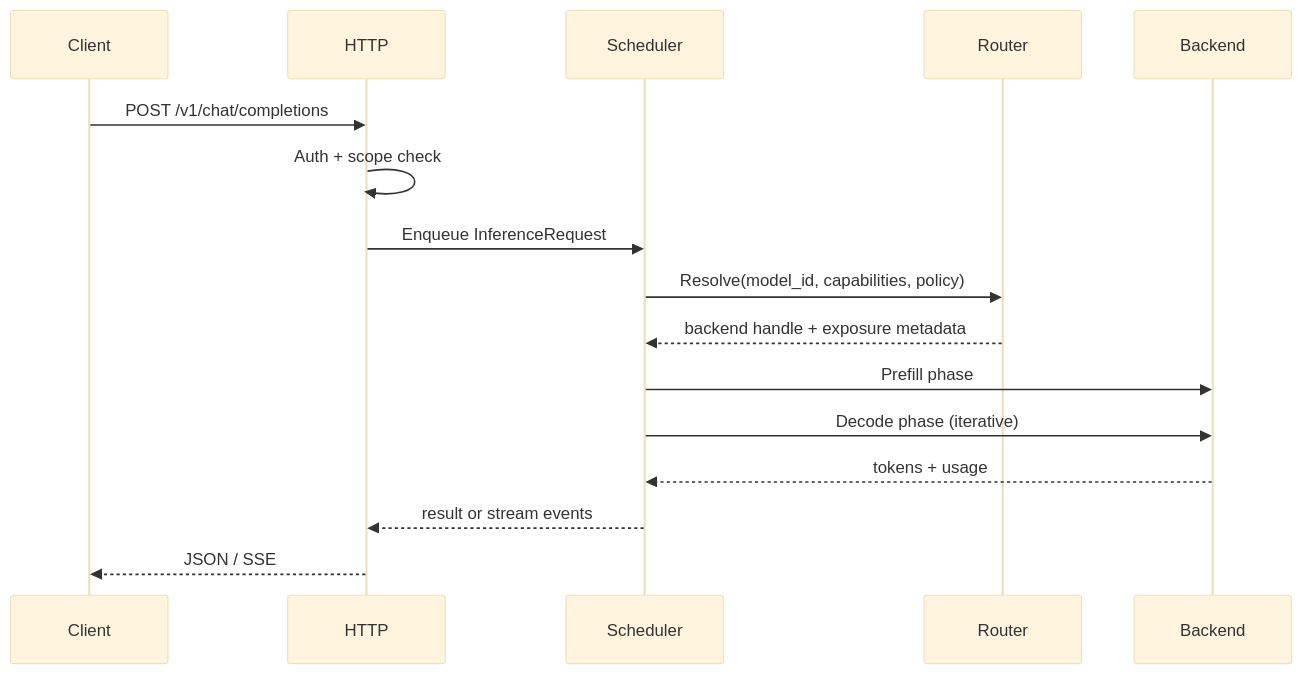
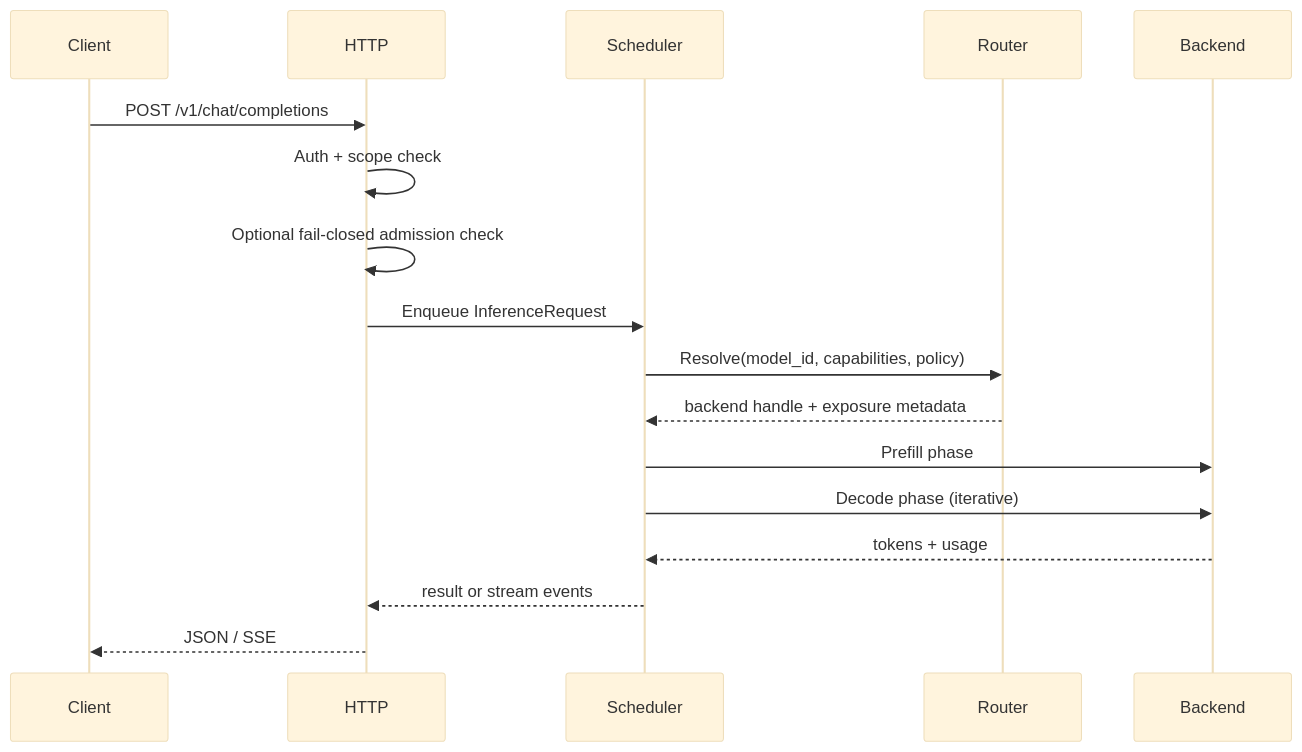
The second of 3 diagrams in docs/Architecture.md (vjsingh1984/inferflux), drawn with Mermaid (base theme) before and after one commit. The commit also changed other lines of this file and 13 other files, not shown here.

````diff
--- a/docs/Architecture.md
+++ b/docs/Architecture.md
@@ -26,19 +26,20 @@
 ```mermaid
 sequenceDiagram
     participant C as Client
     participant H as HTTP
     participant S as Scheduler
     participant R as Router
     participant B as Backend
 
     C->>H: POST /v1/chat/completions
     H->>H: Auth + scope check
+    H->>H: Optional fail-closed admission check
     H->>S: Enqueue InferenceRequest
     S->>R: Resolve(model_id, capabilities, policy)
     R-->>S: backend handle + exposure metadata
     S->>B: Prefill phase
     S->>B: Decode phase (iterative)
     B-->>S: tokens + usage
     S-->>H: result or stream events
     H-->>C: JSON / SSE
 ```
````
